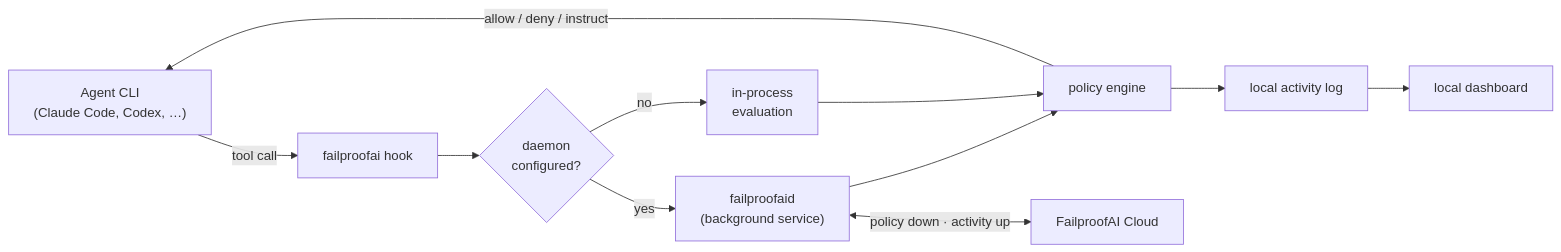
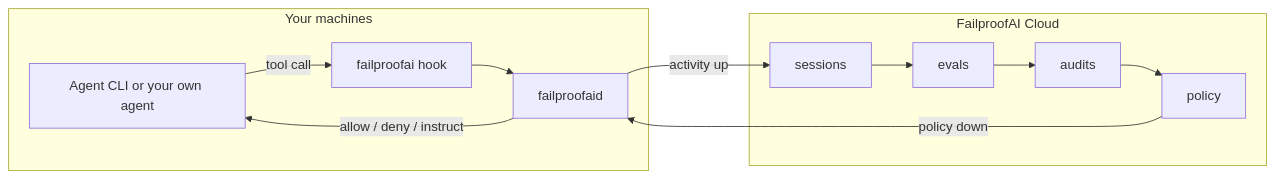
The diagram in docs/how-it-works.mdx (FailproofAI/failproofai), drawn with Mermaid before and after one commit. The commit also changed other lines of this file and 378 other files, not shown here.

````diff
--- a/docs/how-it-works.mdx
+++ b/docs/how-it-works.mdx
@@ -23,13 +23,13 @@
 ```mermaid
 flowchart LR
-    A["Agent CLI<br/>(Claude Code, Codex, …)"] -->|"tool call"| B["failproofai hook"]
-    B --> C{"daemon<br/>configured?"}
-    C -->|yes| D["failproofaid<br/>(background service)"]
-    C -->|no| E["in-process<br/>evaluation"]
-    D --> F["policy engine"]
-    E --> F
-    F -->|"allow / deny / instruct"| A
-    F --> G["local activity log"]
-    G --> H["local dashboard"]
-    D <-->|"policy down · activity up"| I["FailproofAI Cloud"]
+    subgraph M["Your machines"]
+      A["Agent CLI or your own agent"] -->|"tool call"| B["failproofai hook"]
+      B --> D["failproofaid"]
+      D -->|"allow / deny / instruct"| A
+    end
+    subgraph C["FailproofAI Cloud"]
+      S["sessions"] --> E["evals"] --> AU["audits"] --> P["policy"]
+    end
+    D -->|"activity up"| S
+    P -->|"policy down"| D
 ```
````
